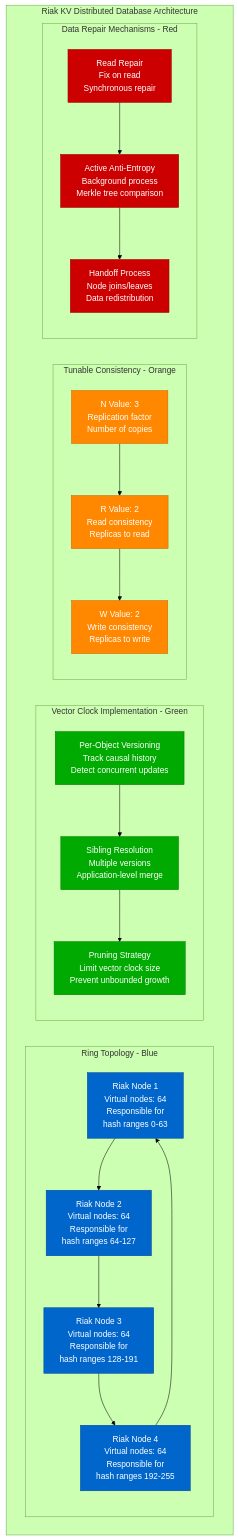
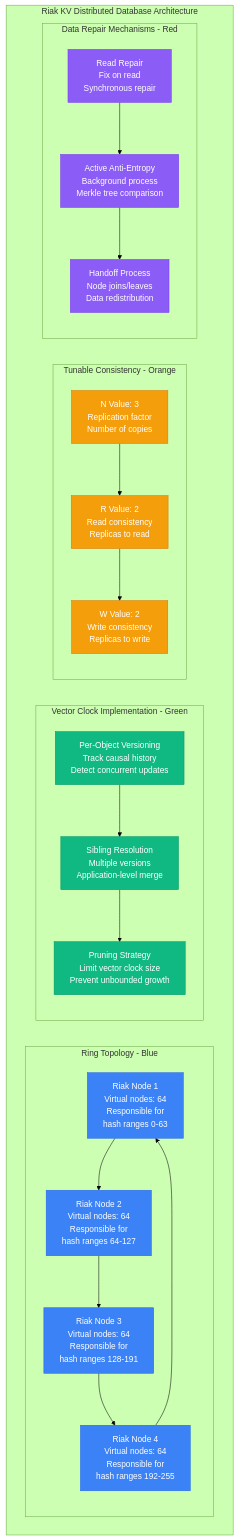
The sixth of 12 diagrams in site/docs/guarantees/eventual-consistency/eventual-consistency-examples.md (deepaucksharma/DS), drawn with Mermaid (forest theme) before and after one commit. The commit also changed other lines of this file and 303 other files, not shown here.

````diff
--- a/site/docs/guarantees/eventual-consistency/eventual-consistency-examples.md
+++ b/site/docs/guarantees/eventual-consistency/eventual-consistency-examples.md
@@ -277,52 +277,52 @@
 ```mermaid
 graph TB
     subgraph RiakArchitecture[Riak KV Distributed Database Architecture]
         subgraph RingTopology[Ring Topology - Blue]
             RN1[Riak Node 1<br/>Virtual nodes: 64<br/>Responsible for<br/>hash ranges 0-63]
             RN2[Riak Node 2<br/>Virtual nodes: 64<br/>Responsible for<br/>hash ranges 64-127]
             RN3[Riak Node 3<br/>Virtual nodes: 64<br/>Responsible for<br/>hash ranges 128-191]
             RN4[Riak Node 4<br/>Virtual nodes: 64<br/>Responsible for<br/>hash ranges 192-255]
         end
 
         subgraph VectorClocks[Vector Clock Implementation - Green]
             VC1[Per-Object Versioning<br/>Track causal history<br/>Detect concurrent updates]
             VC2[Sibling Resolution<br/>Multiple versions<br/>Application-level merge]
             VC3[Pruning Strategy<br/>Limit vector clock size<br/>Prevent unbounded growth]
         end
 
         subgraph TunableConsistency[Tunable Consistency - Orange]
             NVal[N Value: 3<br/>Replication factor<br/>Number of copies]
             RVal[R Value: 2<br/>Read consistency<br/>Replicas to read]
             WVal[W Value: 2<br/>Write consistency<br/>Replicas to write]
         end
 
         subgraph DataRepair[Data Repair Mechanisms - Red]
             ReadRepair[Read Repair<br/>Fix on read<br/>Synchronous repair]
             ActiveAntiEntropy[Active Anti-Entropy<br/>Background process<br/>Merkle tree comparison]
             HandoffProcess[Handoff Process<br/>Node joins/leaves<br/>Data redistribution]
         end
     end
 
     %% Ring structure
     RN1 --> RN2 --> RN3 --> RN4 --> RN1
 
     %% Vector clock relationships
     VC1 --> VC2 --> VC3
 
     %% Tunable parameters
     NVal --> RVal
     RVal --> WVal
 
     %% Repair mechanisms
     ReadRepair --> ActiveAntiEntropy --> HandoffProcess
 
-    classDef ringStyle fill:#0066CC,stroke:#004499,color:#fff
-    classDef vectorStyle fill:#00AA00,stroke:#007700,color:#fff
-    classDef tunableStyle fill:#FF8800,stroke:#CC6600,color:#fff
-    classDef repairStyle fill:#CC0000,stroke:#990000,color:#fff
+    classDef ringStyle fill:#3B82F6,stroke:#2563EB,color:#fff
+    classDef vectorStyle fill:#10B981,stroke:#059669,color:#fff
+    classDef tunableStyle fill:#F59E0B,stroke:#D97706,color:#fff
+    classDef repairStyle fill:#8B5CF6,stroke:#7C3AED,color:#fff
 
     class RN1,RN2,RN3,RN4 ringStyle
     class VC1,VC2,VC3 vectorStyle
     class NVal,RVal,WVal tunableStyle
     class ReadRepair,ActiveAntiEntropy,HandoffProcess repairStyle
 ```
````
